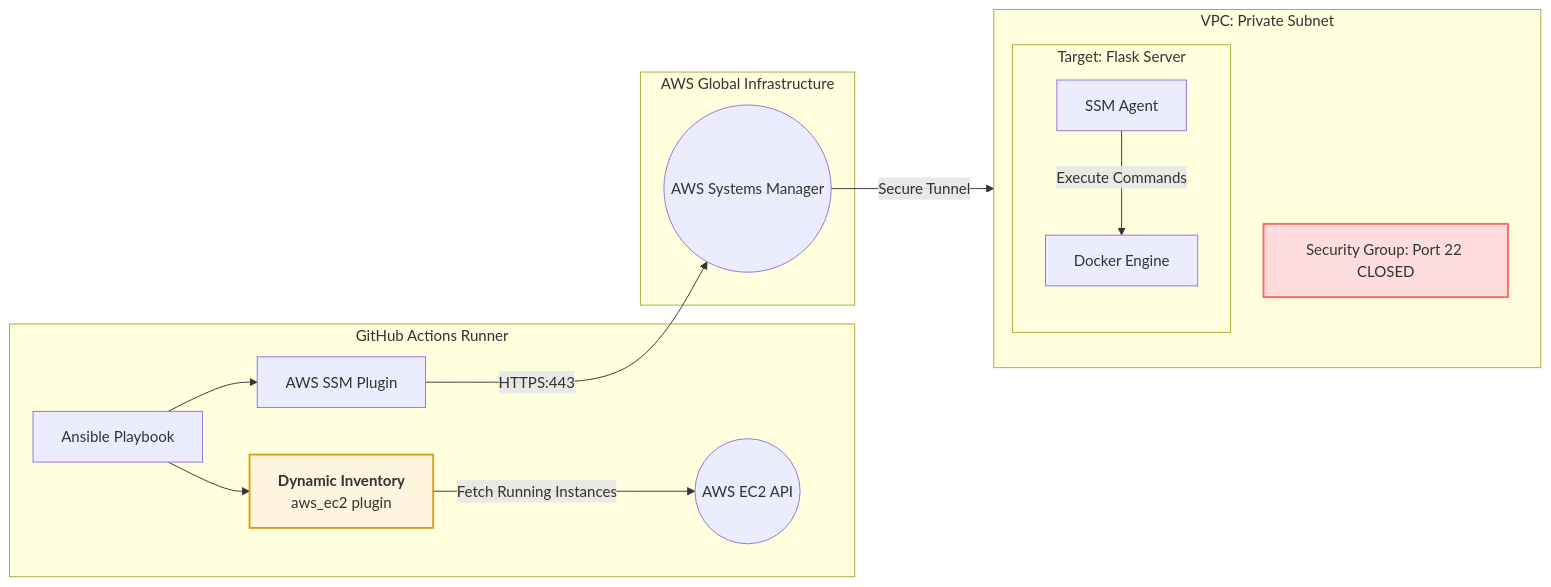
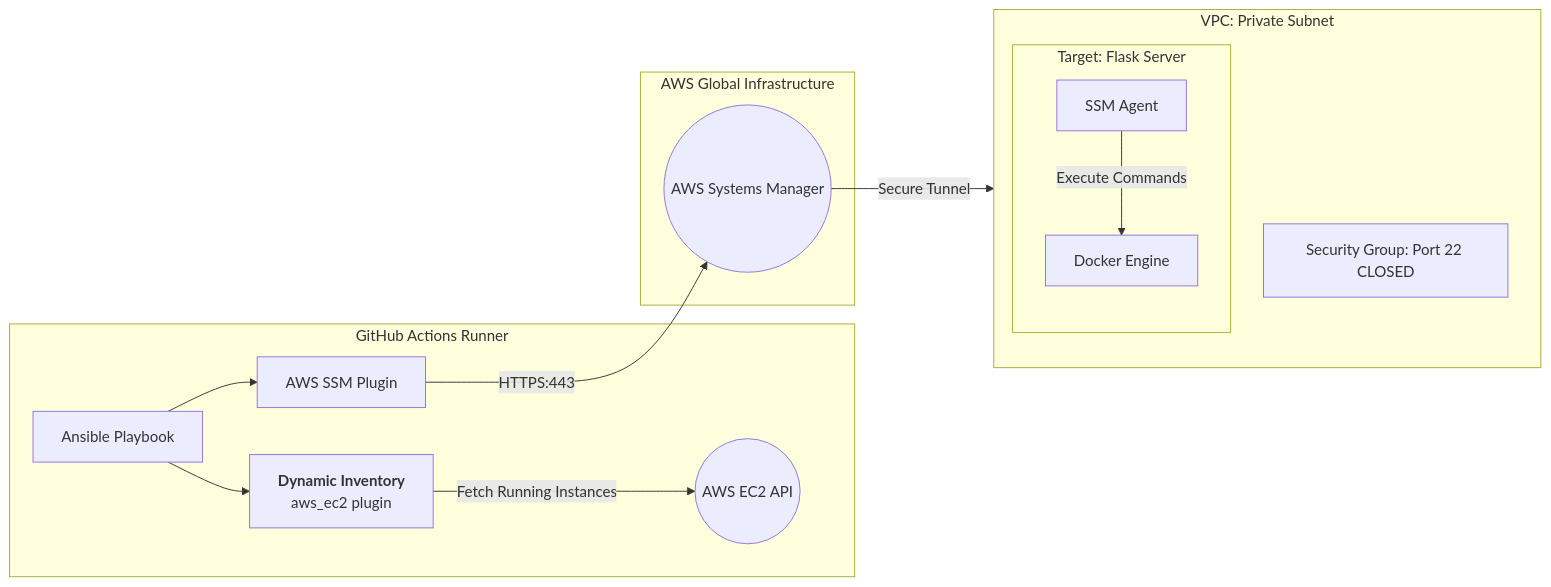
The third of 3 diagrams in README.md (R-Kx/Aws-Fortress-Automation), drawn with Mermaid before and after one commit.

````diff
--- a/README.md
+++ b/README.md
@@ -148,35 +148,31 @@
 ```mermaid
 graph LR
     subgraph GitHub_Runner [GitHub Actions Runner]
         Ansible[Ansible Playbook]
         DynInv[<b>Dynamic Inventory</b><br/>aws_ec2 plugin]
         SSM_Plugin[AWS SSM Plugin]
         
         Ansible --> DynInv
         DynInv -->|Fetch Running Instances| AWS_API
         Ansible --> SSM_Plugin
     end
 
     subgraph AWS_Control_Plane [AWS Global Infrastructure]
         AWS_API((AWS EC2 API))
         SSM_Service((AWS Systems Manager))
     end
 
     subgraph Private_Network [VPC: Private Subnet]
         direction TB
         subgraph EC2_Instance [Target: Flask Server]
             Agent[SSM Agent]
             Docker[Docker Engine]
         end
         FW[Security Group: Port 22 CLOSED]
     end
 
     %% Connectivity Flow
     SSM_Plugin -->|HTTPS:443| SSM_Service
     SSM_Service -->|Secure Tunnel| Agent
     Agent -->|Execute Commands| Docker
-    
-    style DynInv fill:#fff4dd,stroke:#d4a017,stroke-width:2px
-
-    style FW fill:#fdd,stroke:#f66,stroke-width:2px
 ```
````
